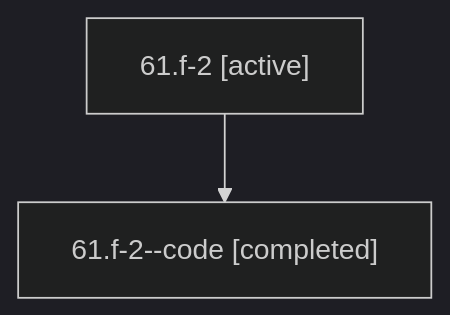
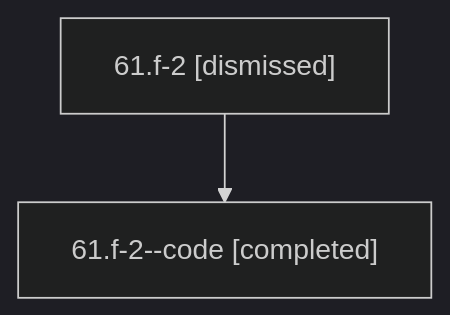
One commit to bobs-org/bob-cli--agents changed the diagram in sessions/bbugyi200.athena.61.f-2.md. Above: the diagram before and after it, drawn with Mermaid (dark theme). The commit also changed other lines of this file and 18 other files, not shown here.

````diff
--- a/sessions/bbugyi200.athena.61.f-2.md
+++ b/sessions/bbugyi200.athena.61.f-2.md
@@ -9,6 +9,6 @@
 ```mermaid
 flowchart TD
-  n0["61.f-2 [active]"]
+  n0["61.f-2 [dismissed]"]
   n1["61.f-2--code [completed]"]
   n0 --> n1
 ```
````
